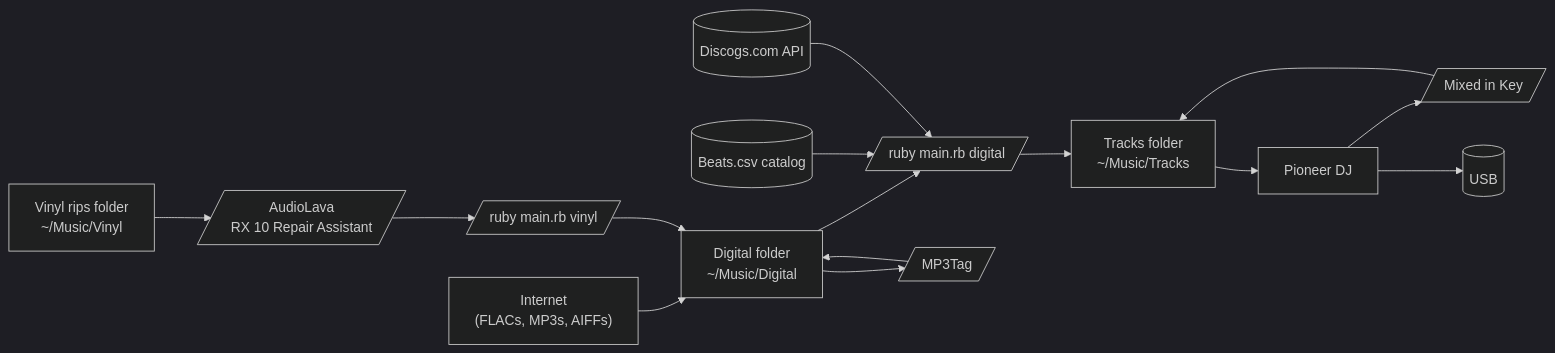
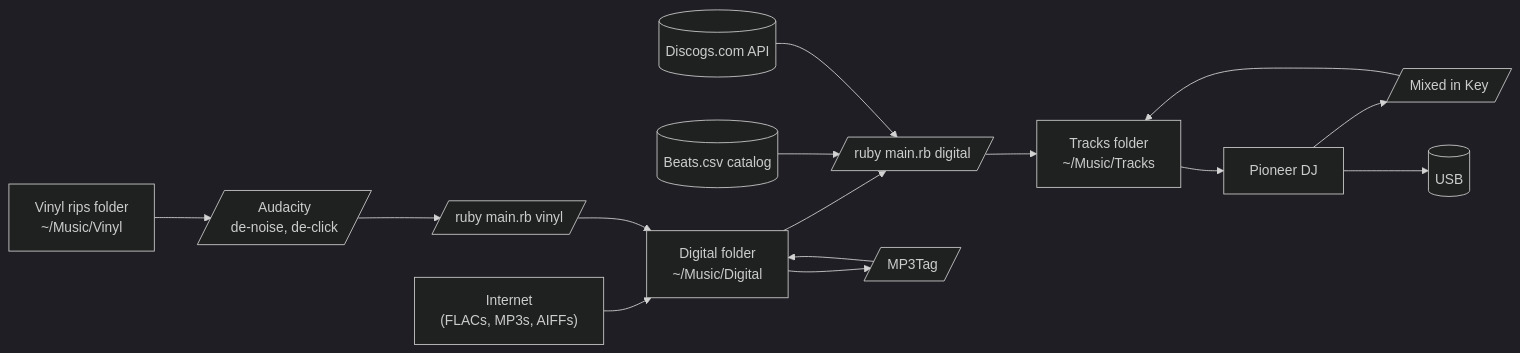
The diagram in README.md (erithmetic/tracks), drawn with Mermaid (dark theme) before and after one commit. The commit also changed 11 other files, not shown here.

````diff
--- a/README.md
+++ b/README.md
@@ -21,25 +21,25 @@
 ```mermaid
 flowchart LR
   internet["Internet<br>(FLACs, MP3s, AIFFs)"]
   digital["Digital folder<br>~/Music/Digital"]
   vinyl["Vinyl rips folder<br>~/Music/Vinyl"]
   tracks["Tracks folder<br>~/Music/Tracks"]
   vinyl_script[/ruby main.rb vinyl/]
   export_script[/ruby main.rb digital/]
   pdj[Pioneer DJ]
   mik[/Mixed in Key/]
   tag[/MP3Tag/]
   beats[(Beats.csv catalog)]
   discogs[(Discogs.com API)]
-  rx10[/AudioLava<br>RX 10 Repair Assistant/]
+  denoise[/"Audacity<br>de-noise, de-click"/]
   usb[(USB)]
 
   internet --> digital
   digital --> tag --> digital
-  vinyl --> rx10 --> vinyl_script --> digital
+  vinyl --> denoise --> vinyl_script --> digital
   digital --> export_script --> tracks --> pdj
   pdj --> mik --> tracks
   beats --> export_script
   discogs --> export_script
   pdj --> usb
 ```
````
